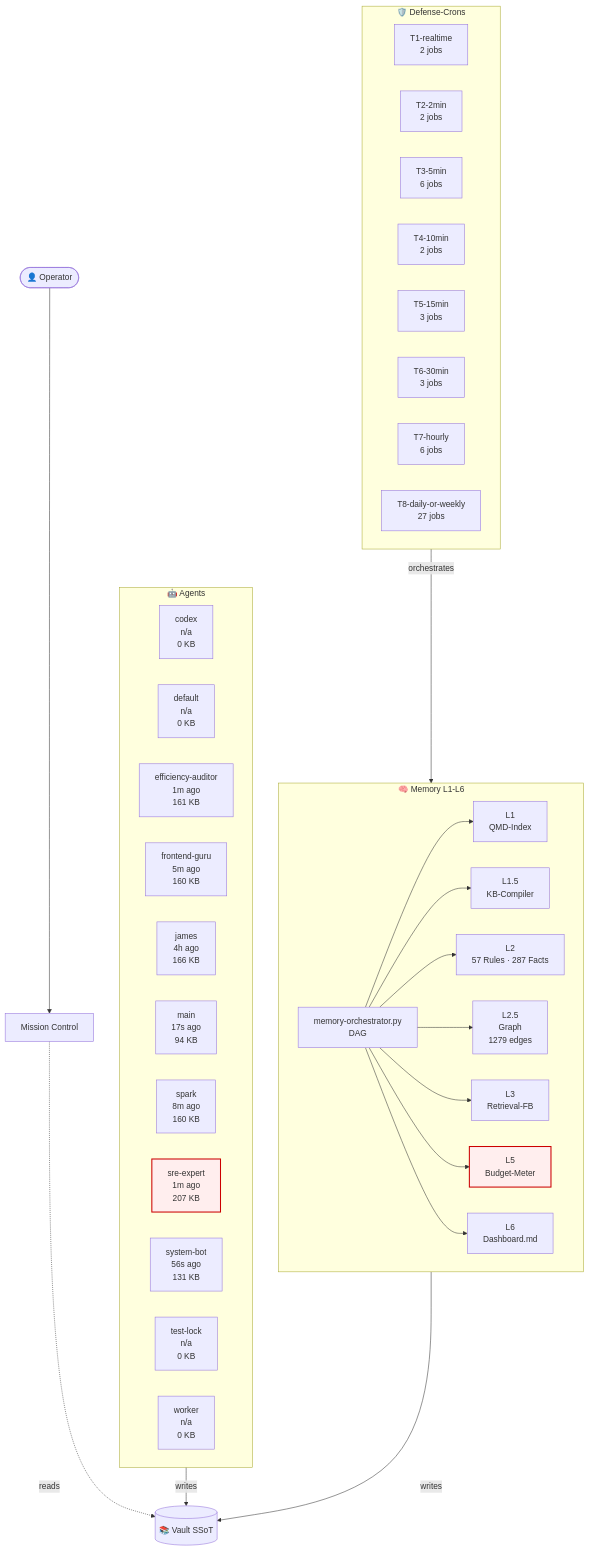
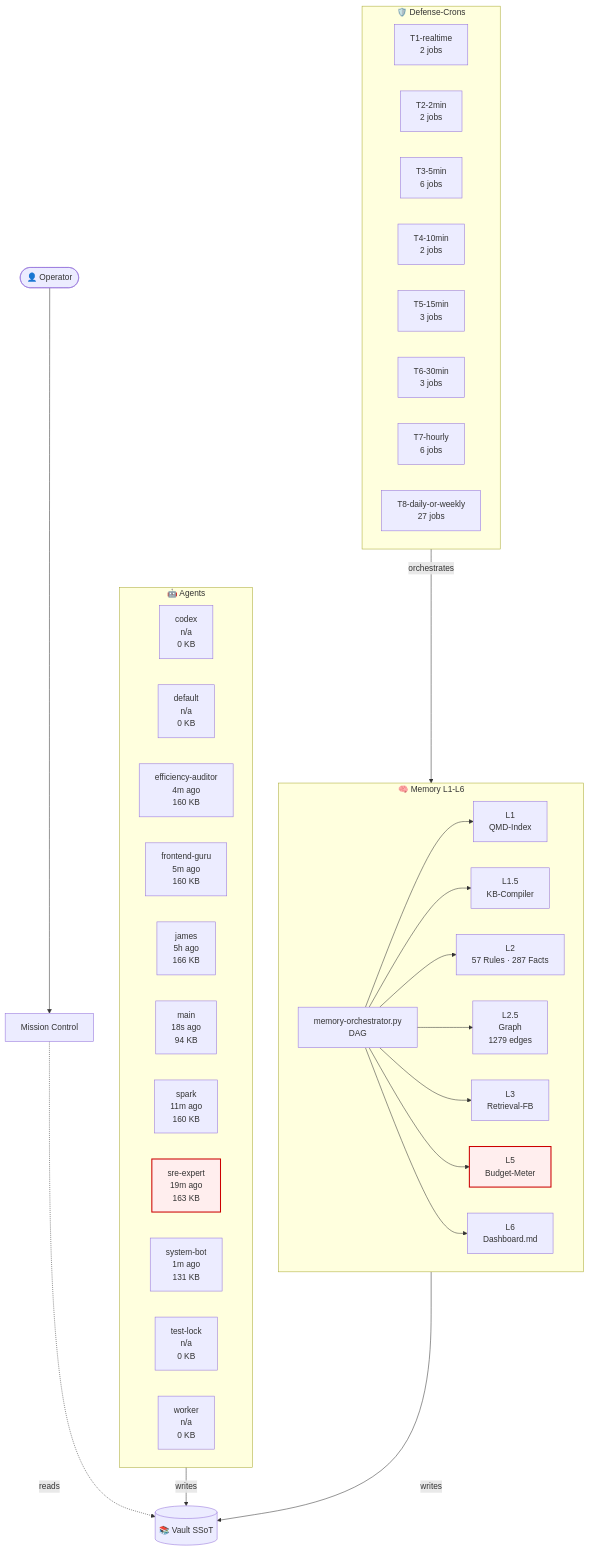
The diagram in 03-Agents/architecture-live.md (lenardhuebner88-rgb/openclaw-memory), drawn with Mermaid before and after one commit. The commit also changed other lines of this file and 1 other file, not shown here.

````diff
--- a/03-Agents/architecture-live.md
+++ b/03-Agents/architecture-live.md
@@ -18,54 +18,54 @@
 ```mermaid
 flowchart TB
     classDef critical fill:#fee,stroke:#c00,stroke-width:2px;
     subgraph AGT["🤖 Agents"]
         agent_codex["codex<br/>n/a<br/>0 KB"]
         agent_default["default<br/>n/a<br/>0 KB"]
-        agent_efficiency_auditor["efficiency-auditor<br/>1m ago<br/>161 KB"]
+        agent_efficiency_auditor["efficiency-auditor<br/>4m ago<br/>160 KB"]
         agent_frontend_guru["frontend-guru<br/>5m ago<br/>160 KB"]
-        agent_james["james<br/>4h ago<br/>166 KB"]
-        agent_main["main<br/>17s ago<br/>94 KB"]
-        agent_spark["spark<br/>8m ago<br/>160 KB"]
-        agent_sre_expert["sre-expert<br/>1m ago<br/>207 KB"]
-        agent_system_bot["system-bot<br/>56s ago<br/>131 KB"]
+        agent_james["james<br/>5h ago<br/>166 KB"]
+        agent_main["main<br/>18s ago<br/>94 KB"]
+        agent_spark["spark<br/>11m ago<br/>160 KB"]
+        agent_sre_expert["sre-expert<br/>19m ago<br/>163 KB"]
+        agent_system_bot["system-bot<br/>1m ago<br/>131 KB"]
         agent_test_lock["test-lock<br/>n/a<br/>0 KB"]
         agent_worker["worker<br/>n/a<br/>0 KB"]
     end
     subgraph MEM["🧠 Memory L1-L6"]
         L1["L1<br/>QMD-Index"]
         L15["L1.5<br/>KB-Compiler"]
         L2["L2<br/>57 Rules · 287 Facts"]
         L25["L2.5<br/>Graph<br/>1279 edges"]
         L3["L3<br/>Retrieval-FB"]
         L5["L5<br/>Budget-Meter"]
         L6["L6<br/>Dashboard.md"]
         ORCH["memory-orchestrator.py<br/>DAG"]
     end
     subgraph CRN["🛡️ Defense-Crons"]
         tier_T1_realtime["T1-realtime<br/>2 jobs"]
         tier_T2_2min["T2-2min<br/>2 jobs"]
         tier_T3_5min["T3-5min<br/>6 jobs"]
         tier_T4_10min["T4-10min<br/>2 jobs"]
         tier_T5_15min["T5-15min<br/>3 jobs"]
         tier_T6_30min["T6-30min<br/>3 jobs"]
         tier_T7_hourly["T7-hourly<br/>6 jobs"]
         tier_T8_daily_or_weekly["T8-daily-or-weekly<br/>27 jobs"]
     end
     VAULT[("📚 Vault SSoT")]
     OP([👤 Operator])
     MC["Mission Control"]
     OP --> MC
     MC -.reads.-> VAULT
     AGT -->|writes| VAULT
     MEM -->|writes| VAULT
     ORCH --> L1
     ORCH --> L15
     ORCH --> L2
     ORCH --> L25
     ORCH --> L3
     ORCH --> L5
     ORCH --> L6
     CRN -->|orchestrates| MEM
     class L5 critical
     class agent_sre_expert critical
 ```
````
